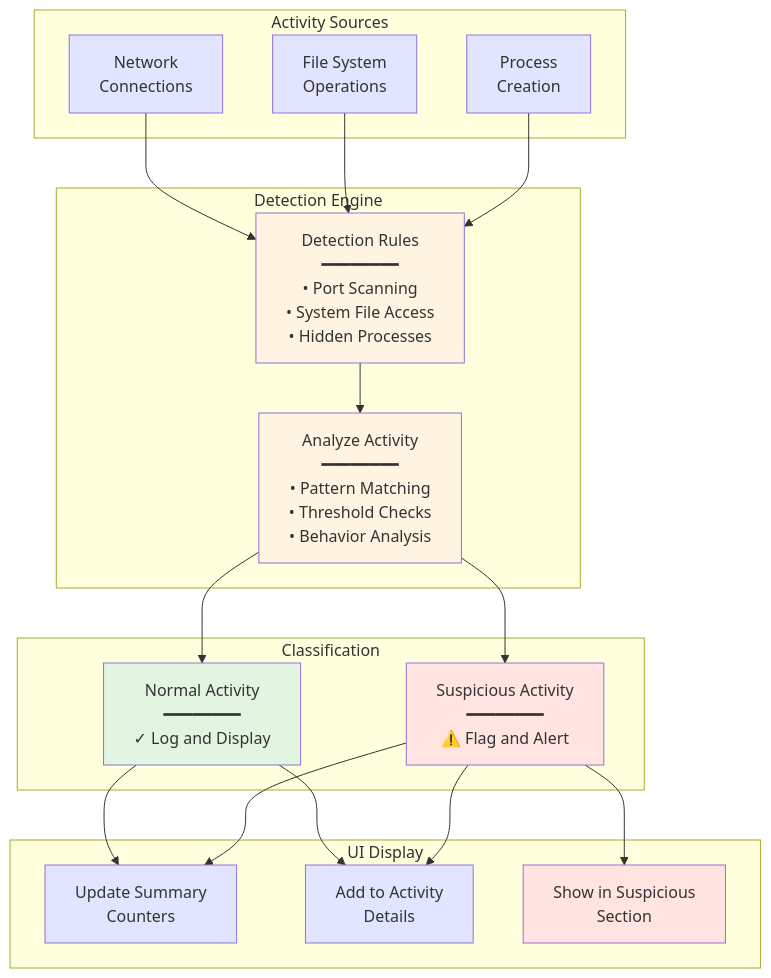
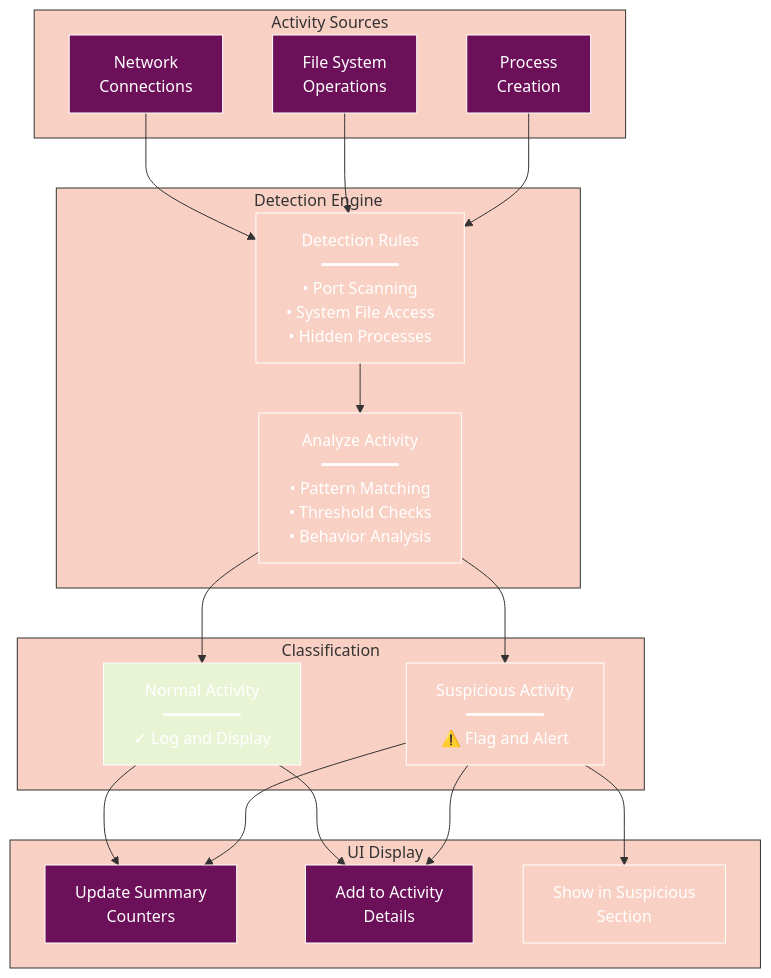
Before and after one commit to radicalkjax/Athena: the fifth of 7 diagrams in docs/components/CONTAINER_MONITORING.md, drawn with Mermaid. The commit also changed other lines of this file and 27 other files, not shown here.

Commit message:
Introduction of expo package manager. Updated docs to reflect changes. Unified mermaid theme for docs.

````diff
--- a/docs/components/CONTAINER_MONITORING.md
+++ b/docs/components/CONTAINER_MONITORING.md
@@ -244,52 +328,73 @@
 ```mermaid
+%%{init: {
+  'theme': 'base',
+  'themeVariables': {
+    'primaryColor': '#6d105a',
+    'primaryTextColor': '#ffffff',
+    'primaryBorderColor': '#ffffff',
+    'lineColor': '#333333',
+    'secondaryColor': '#e8f4d4',
+    'secondaryTextColor': '#333333',
+    'secondaryBorderColor': '#333333',
+    'tertiaryColor': '#f9d0c4',
+    'tertiaryTextColor': '#333333',
+    'tertiaryBorderColor': '#333333',
+    'background': '#ffffff',
+    'mainBkg': '#6d105a',
+    'secondBkg': '#e8f4d4',
+    'tertiaryBkg': '#f9d0c4',
+    'textColor': '#333333',
+    'fontFamily': 'Arial, sans-serif'
+  }
+}}%%
 flowchart TB
     subgraph "Activity Sources"
         NET[Network<br/>Connections]
         FILE[File System<br/>Operations]
         PROC[Process<br/>Creation]
     end
     
     subgraph "Detection Engine"
         RULES[Detection Rules<br/>━━━━━━━━<br/>• Port Scanning<br/>• System File Access<br/>• Hidden Processes]
         
         ANALYZE[Analyze Activity<br/>━━━━━━━━<br/>• Pattern Matching<br/>• Threshold Checks<br/>• Behavior Analysis]
     end
     
     subgraph "Classification"
         NORMAL[Normal Activity<br/>━━━━━━━━<br/>✓ Log and Display]
         SUSPICIOUS[Suspicious Activity<br/>━━━━━━━━<br/>⚠️ Flag and Alert]
     end
     
     subgraph "UI Display"
         SUMMARY[Update Summary<br/>Counters]
         DETAIL[Add to Activity<br/>Details]
         ALERT[Show in Suspicious<br/>Section]
     end
     
     NET --> RULES
     FILE --> RULES
     PROC --> RULES
     
     RULES --> ANALYZE
     
     ANALYZE --> NORMAL
     ANALYZE --> SUSPICIOUS
     
     NORMAL --> SUMMARY
     NORMAL --> DETAIL
     
     SUSPICIOUS --> SUMMARY
     SUSPICIOUS --> DETAIL
     SUSPICIOUS --> ALERT
     
-    style NET fill:#e1e5ff
-    style FILE fill:#e1e5ff
-    style PROC fill:#e1e5ff
-    style RULES fill:#fff4e1
-    style ANALYZE fill:#fff4e1
-    style NORMAL fill:#e1f5e1
-    style SUSPICIOUS fill:#ffe4e1
-    style SUMMARY fill:#e1e5ff
-    style DETAIL fill:#e1e5ff
-    style ALERT fill:#ffe4e1
+    style NET fill:#6d105a
+    style FILE fill:#6d105a
+    style PROC fill:#6d105a
+    style RULES fill:#f9d0c4
+    style ANALYZE fill:#f9d0c4
+    style NORMAL fill:#e8f4d4
+    style SUSPICIOUS fill:#f9d0c4
+    style SUMMARY fill:#6d105a
+    style DETAIL fill:#6d105a
+    style ALERT fill:#f9d0c4
 ```
````
